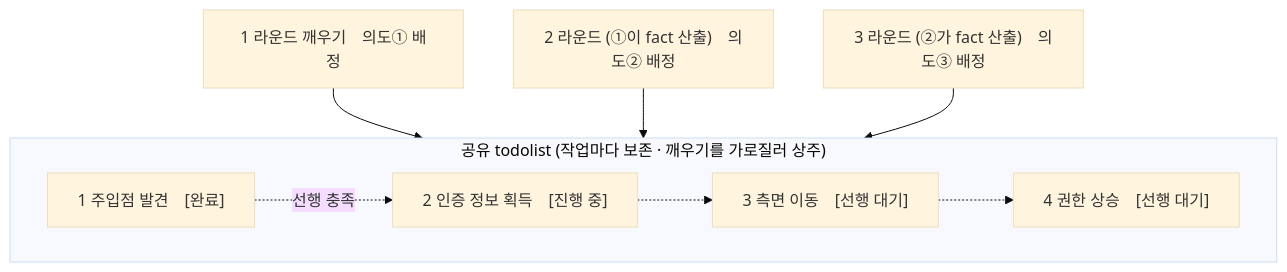
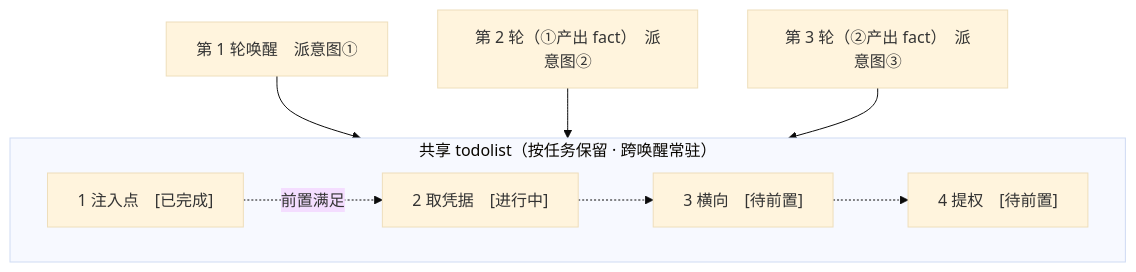
One commit to dami9527/artex-cn changed the fifth of 5 diagrams in README.md. Above: the diagram before and after it, drawn with Mermaid (base theme). The commit also changed other lines of this file and 297 other files, not shown here.

````diff
--- a/README.md
+++ b/README.md
@@ -406,14 +423,14 @@
 ```mermaid
 flowchart TB
-  subgraph TODO["공유 todolist (작업마다 보존 · 깨우기를 가로질러 상주)"]
+  subgraph TODO["共享 todolist（按任务保留 · 跨唤醒常驻）"]
     direction LR
-    T1["1 주입점 발견　[완료]"]
-    T2["2 인증 정보 획득　[진행 중]"]
-    T3["3 측면 이동　[선행 대기]"]
-    T4["4 권한 상승　[선행 대기]"]
-    T1 -. 선행 충족 .-> T2 -.-> T3 -.-> T4
+    T1["1 注入点　[已完成]"]
+    T2["2 取凭据　[进行中]"]
+    T3["3 横向　[待前置]"]
+    T4["4 提权　[待前置]"]
+    T1 -.前置满足.-> T2 -.-> T3 -.-> T4
   end
-  R1["1 라운드 깨우기　의도① 배정"] --> T1
-  R2["2 라운드 (①이 fact 산출)　의도② 배정"] --> T2
-  R3["3 라운드 (②가 fact 산출)　의도③ 배정"] --> T3
+  R1["第 1 轮唤醒　派意图①"] --> T1
+  R2["第 2 轮（①产出 fact）　派意图②"] --> T2
+  R3["第 3 轮（②产出 fact）　派意图③"] --> T3
 ```
````
